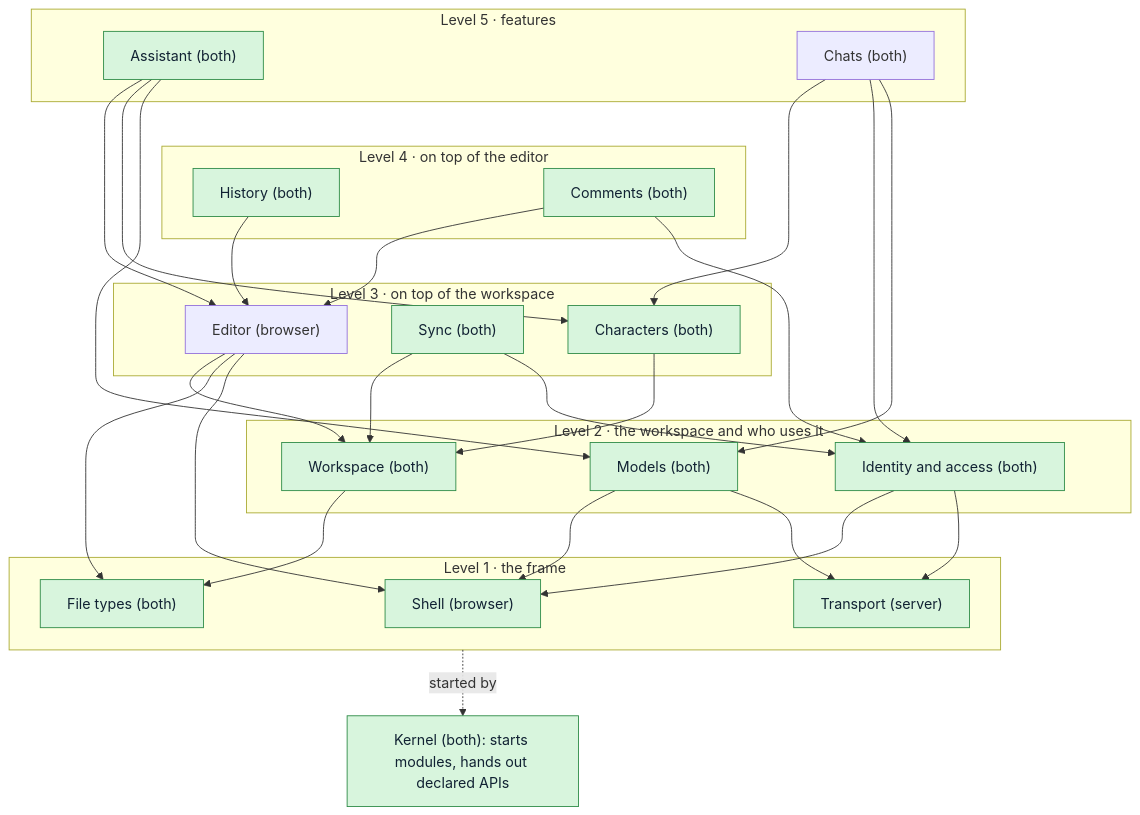
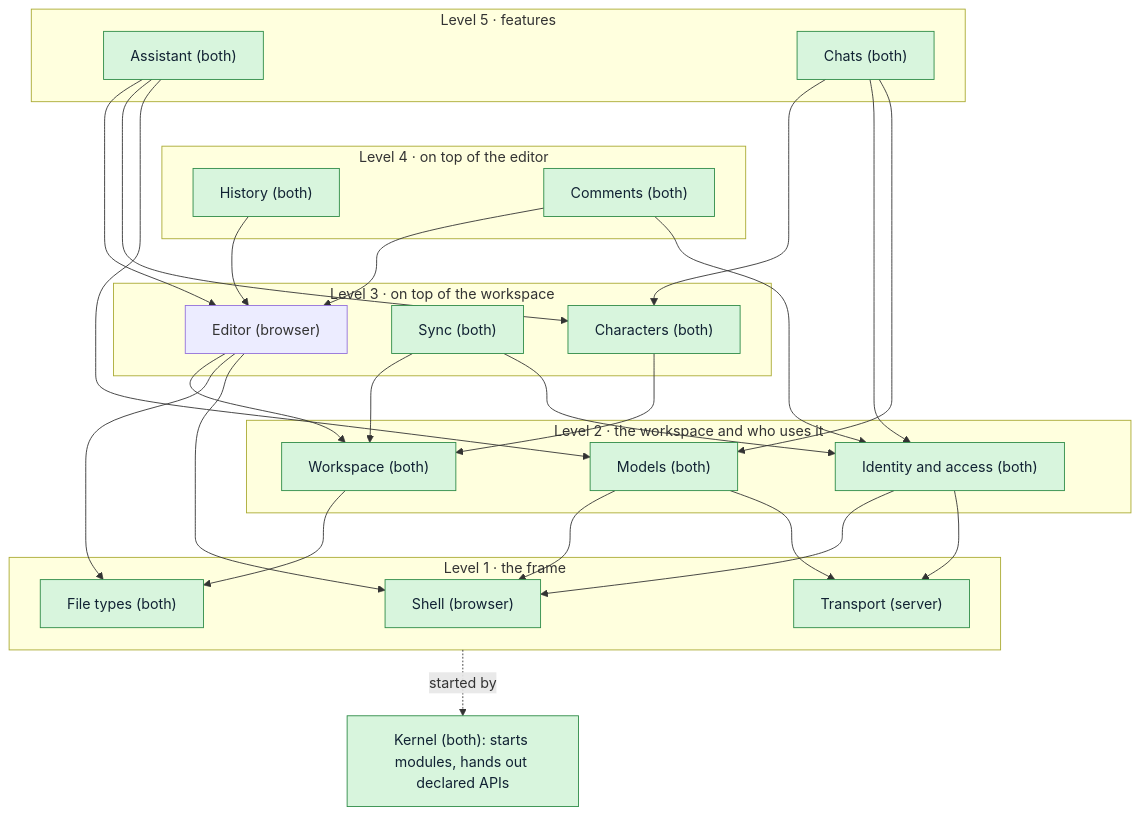
Before and after one commit to RustColeone/StiloMarker: the first of 5 diagrams in docs/ARCHITECTURE.md, drawn with Mermaid. The commit also changed other lines of this file and 22 other files, not shown here.

````diff
--- a/docs/ARCHITECTURE.md
+++ b/docs/ARCHITECTURE.md
@@ -54,43 +54,43 @@
 ```mermaid
 flowchart TB
   subgraph L5["Level 5 · features"]
     Assistant["Assistant (both)"]
     Chats["Chats (both)"]
   end
   subgraph L4["Level 4 · on top of the editor"]
     History["History (both)"]
     Comments["Comments (both)"]
   end
   subgraph L3["Level 3 · on top of the workspace"]
     Editor["Editor (browser)"]
     Sync["Sync (both)"]
     Characters["Characters (both)"]
   end
   subgraph L2["Level 2 · the workspace and who uses it"]
     Workspace["Workspace (both)"]
     Identity["Identity and access (both)"]
     Models["Models (both)"]
   end
   subgraph L1["Level 1 · the frame"]
     Shell["Shell (browser)"]
     Transport["Transport (server)"]
     FileTypes["File types (both)"]
   end
   Kernel["Kernel (both): starts modules, hands out declared APIs"]
 
   Assistant --> Editor & Characters & Models
   Chats --> Characters & Identity & Models
   History --> Editor
   Comments --> Editor & Identity
   Editor --> Workspace & FileTypes & Shell
   Characters --> Workspace
   Sync --> Workspace & Identity
   Workspace --> FileTypes
   Identity --> Shell & Transport
   Models --> Shell & Transport
   L1 -.started by.-> Kernel
   L5 ~~~ L4 ~~~ L3 ~~~ L2 ~~~ L1
 
   classDef built fill:#d8f5dd,stroke:#2e8b47,color:#123;
-  class Shell,Transport,FileTypes,Workspace,Identity,Models,Sync,Characters,History,Comments,Assistant,Kernel built;
+  class Shell,Transport,FileTypes,Workspace,Identity,Models,Sync,Characters,History,Comments,Assistant,Chats,Kernel built;
 ```
````
